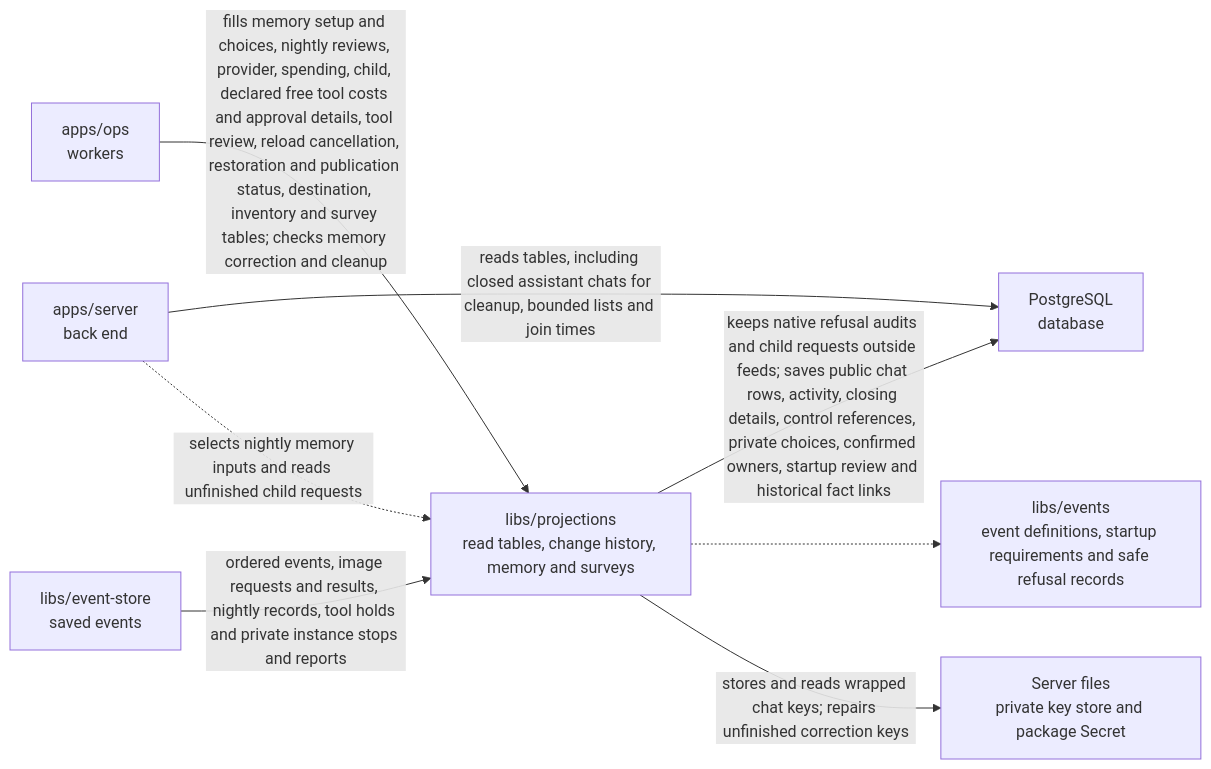
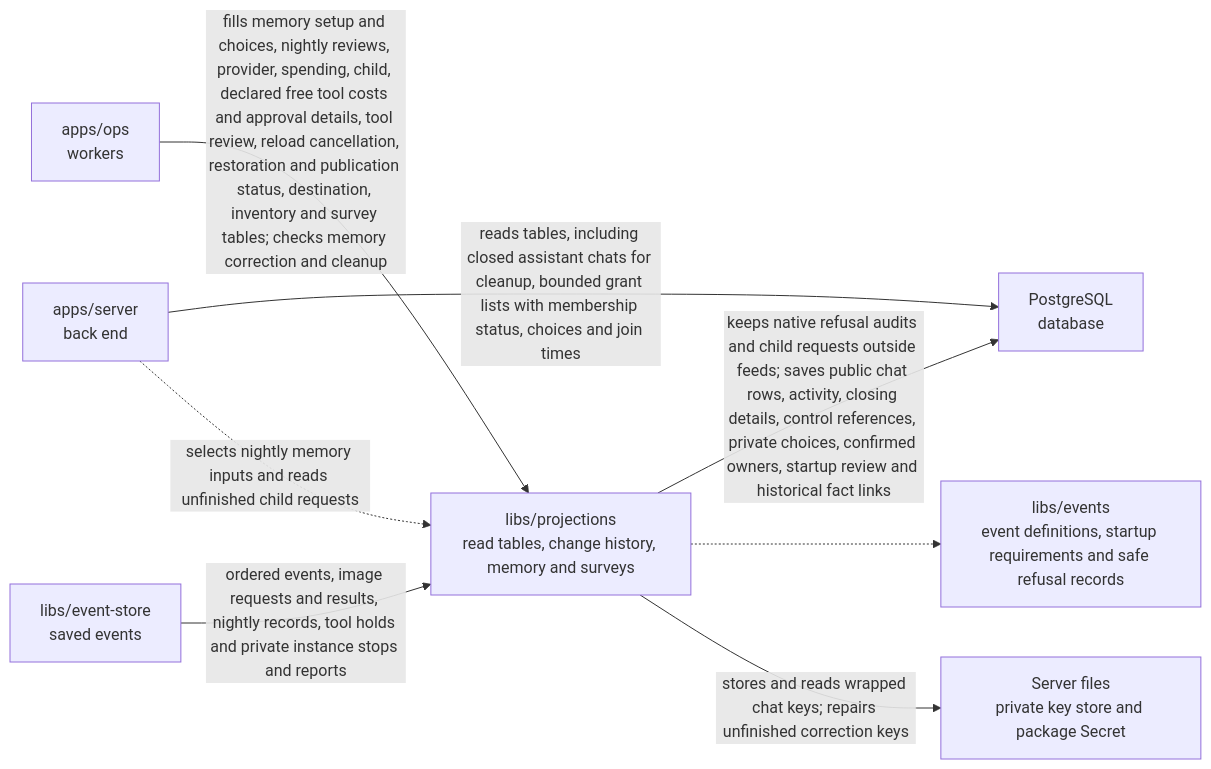
Before and after one commit to elewa-git/opencrane-new: the diagram in libs/projections/README.md, drawn with Mermaid. The commit also changed other lines of this file and 10 other files, not shown here.

````diff
--- a/libs/projections/README.md
+++ b/libs/projections/README.md
@@ -23,10 +23,10 @@
 ```mermaid
 flowchart LR
   ops["apps/ops<br/>workers"] -->|fills memory setup and choices, nightly reviews, provider, spending, child, declared free tool costs and approval details, tool review, reload cancellation, restoration and publication status, destination, inventory and survey tables; checks memory correction and cleanup| projections["libs/projections<br/>read tables, change history, memory and surveys"]
-  server["apps/server<br/>back end"] -->|reads tables, including closed assistant chats for cleanup, bounded lists and join times| pg["PostgreSQL<br/>database"]
+  server["apps/server<br/>back end"] -->|reads tables, including closed assistant chats for cleanup, bounded grant lists with membership status, choices and join times| pg["PostgreSQL<br/>database"]
   projections -->|keeps native refusal audits and child requests outside feeds; saves public chat rows, activity, closing details, control references, private choices, confirmed owners, startup review and historical fact links| pg
   store["libs/event-store<br/>saved events"] -->|ordered events, image requests and results, nightly records, tool holds and private instance stops and reports| projections
   server -.->|selects nightly memory inputs and reads unfinished child requests| projections
   projections -.-> events["libs/events<br/>event definitions, startup requirements and safe refusal records"]
   projections -->|stores and reads wrapped chat keys; repairs unfinished correction keys| keys["Server files<br/>private key store and package Secret"]
 ```
````
